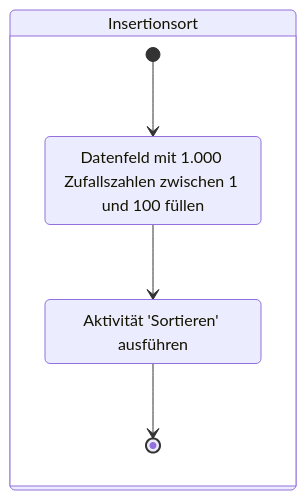
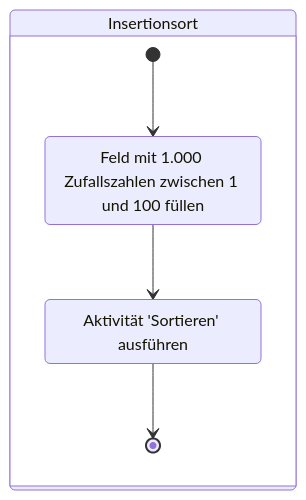
Before and after one commit to jappuccini/java-docs: the second of 4 diagrams in docs/exam-exercises/exam-exercises-java1/insertion-sort.md, drawn with Mermaid. The commit also changed other lines of this file and 3 other files, not shown here.

````diff
--- a/docs/exam-exercises/exam-exercises-java1/insertion-sort.md
+++ b/docs/exam-exercises/exam-exercises-java1/insertion-sort.md
@@ -25,11 +25,11 @@
 ```mermaid
 stateDiagram-v2
-    state "Datenfeld mit 1.000 Zufallszahlen zwischen 1 und 100 füllen" as state1
+    state "Feld mit 1.000 Zufallszahlen zwischen 1 und 100 füllen" as state1
     state "Aktivität 'Sortieren' ausführen" as state2
 
     state "Insertionsort" as main {
         [*] --> state1
         state1 --> state2
         state2 --> [*]
     }
 ```
````
